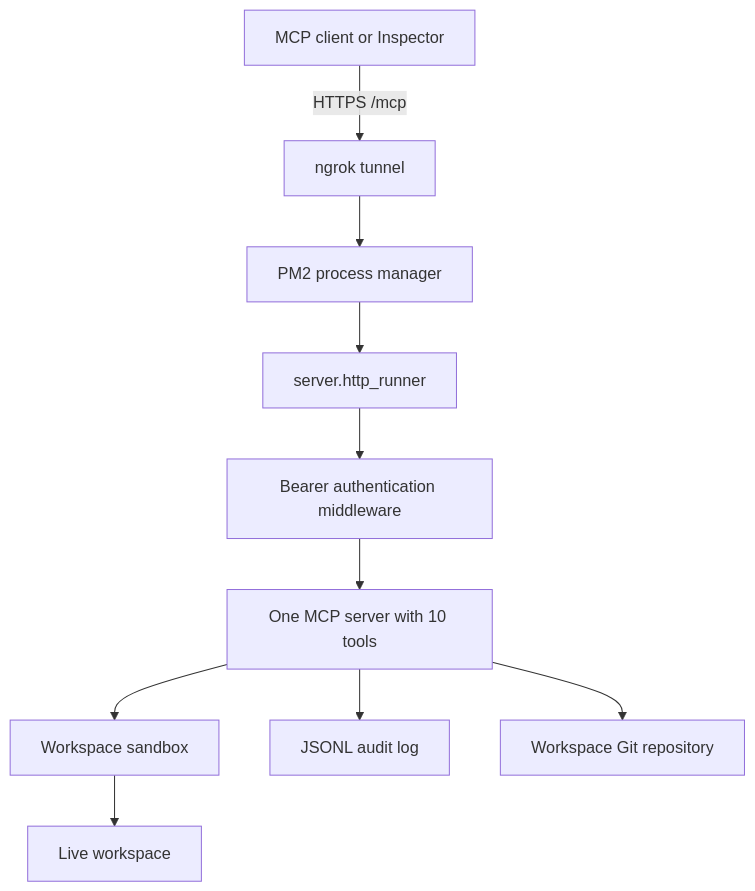
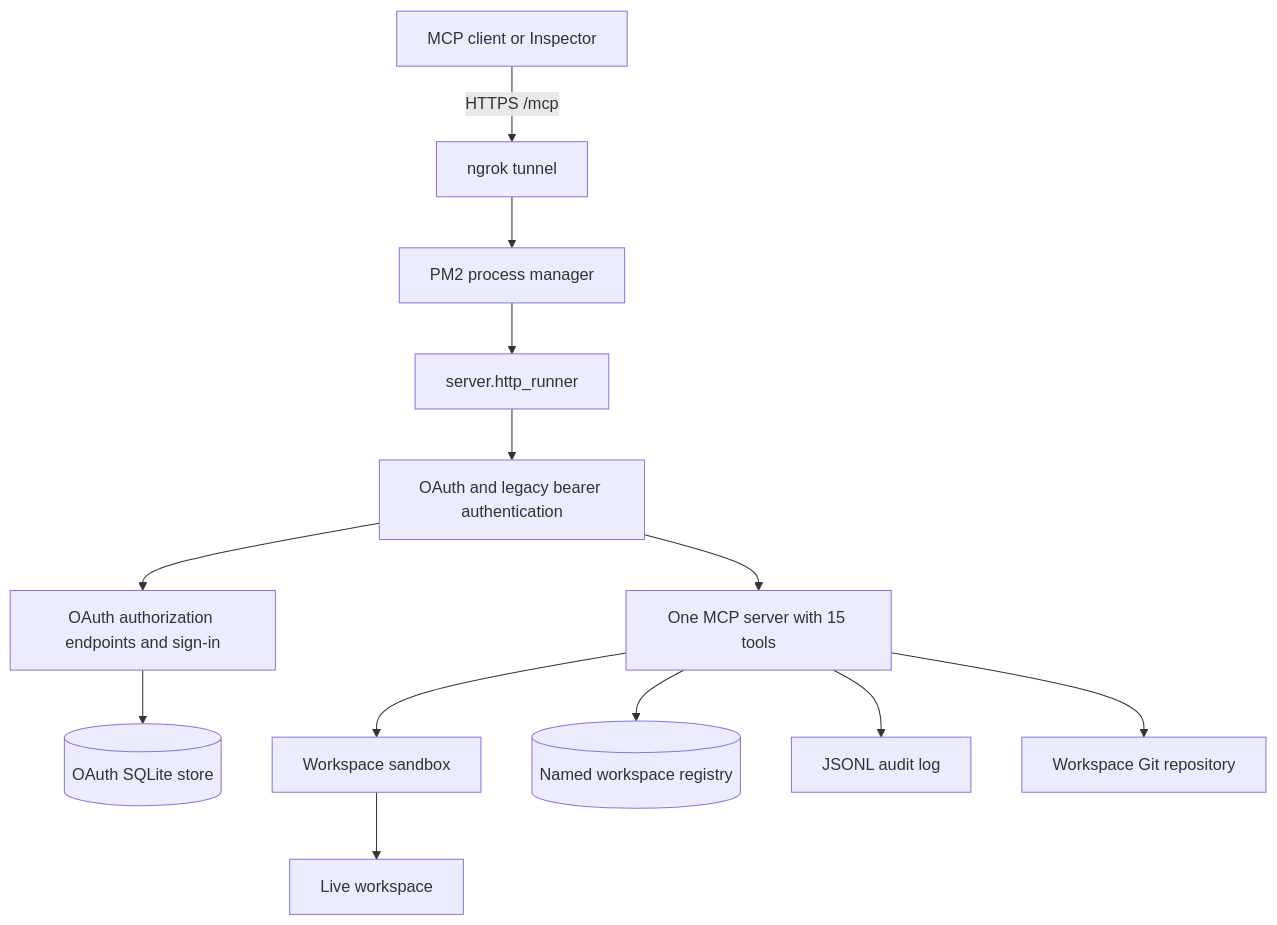
The diagram in docs/ARCHITECTURE.md (A-Sabel/mcp-shared-workspace), drawn with Mermaid before and after one commit. The commit also changed other lines of this file and 32 other files, not shown here.

First line of the commit message:
feat: add workspace management tools and OAuth provider

````diff
--- a/docs/ARCHITECTURE.md
+++ b/docs/ARCHITECTURE.md
@@ -5,12 +5,15 @@
 ```mermaid
 flowchart TD
     Client[MCP client or Inspector] -->|HTTPS /mcp| Ngrok[ngrok tunnel]
     Ngrok --> PM2[PM2 process manager]
     PM2 --> HTTP[server.http_runner]
-    HTTP --> Auth[Bearer authentication middleware]
-    Auth --> MCP[One MCP server with 10 tools]
+    HTTP --> Auth[OAuth and legacy bearer authentication]
+    Auth --> OAuth[OAuth authorization endpoints and sign-in]
+    OAuth --> DB[(OAuth SQLite store)]
+    Auth --> MCP[One MCP server with 15 tools]
     MCP --> Sandbox[Workspace sandbox]
+    MCP --> Registry[(Named workspace registry)]
     Sandbox --> Files[Live workspace]
     MCP --> Audit[JSONL audit log]
     MCP --> Git[Workspace Git repository]
 ```
````
